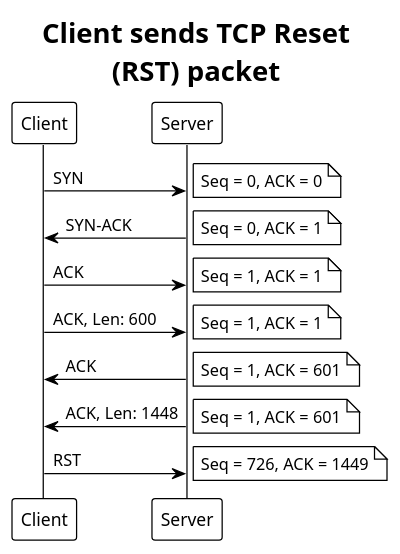
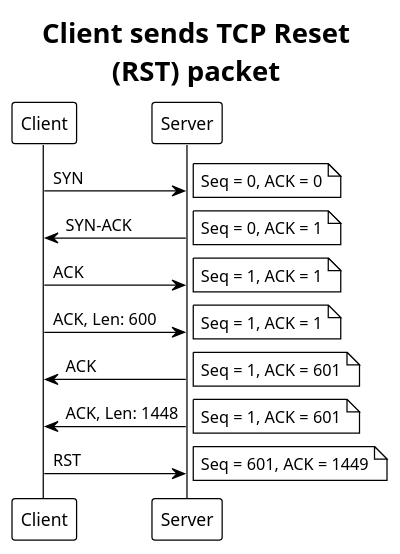
One commit to rwxd/tcpbutcher changed the diagram in docs/client-server.puml. Above: the diagram before and after it, drawn with PlantUML. The commit also changed 1 other file, not shown here.

```diff
--- a/docs/client-server.puml
+++ b/docs/client-server.puml
@@ -1,41 +1,41 @@
 @startuml
 title Client sends TCP Reset\n(RST) packet
 
 !theme plain
 
 Client -> Server: SYN
 note right
 	Seq = 0, ACK = 0
 end note
 Client <- Server: SYN-ACK
 
 note right
 	Seq = 0, ACK = 1
 end note
 
 Client -> Server: ACK
 note right
 	Seq = 1, ACK = 1
 end note
 
 Client -> Server: ACK, Len: 600
 note right
 	Seq = 1, ACK = 1
 end note
 
 Client <- Server: ACK
 note right
 	Seq = 1, ACK = 601
 end note
 
 Client <- Server: ACK, Len: 1448
 note right
 	Seq = 1, ACK = 601
 end note
 
 Client -> Server: RST
 note right
-	Seq = 726, ACK = 1449
+	Seq = 601, ACK = 1449
 end note
 
 @enduml
```
